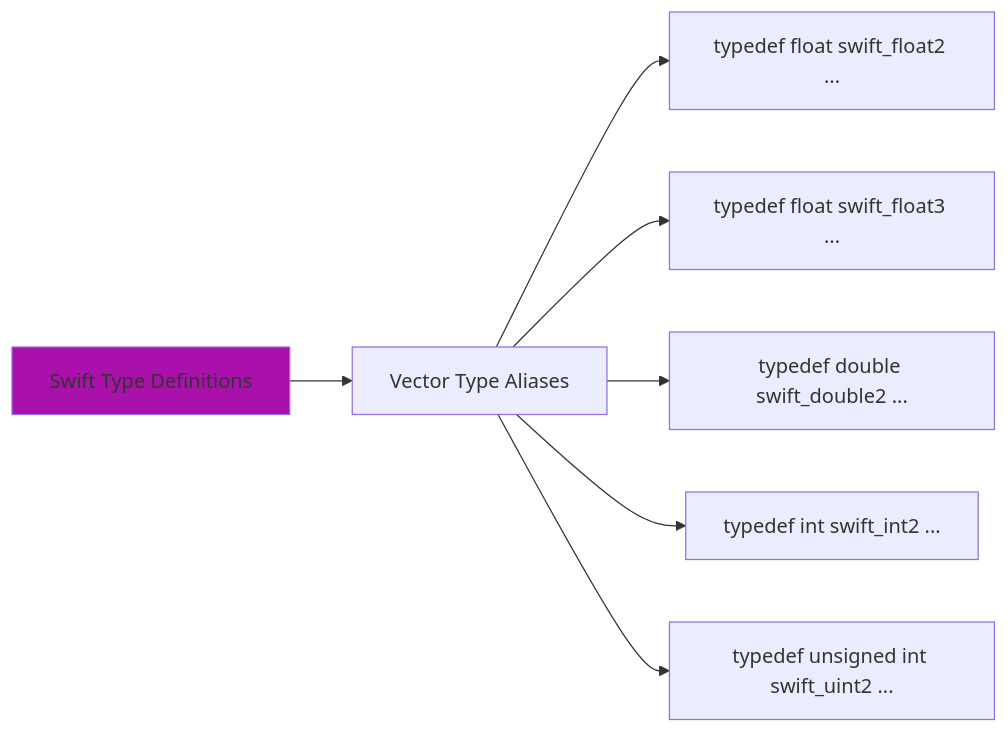
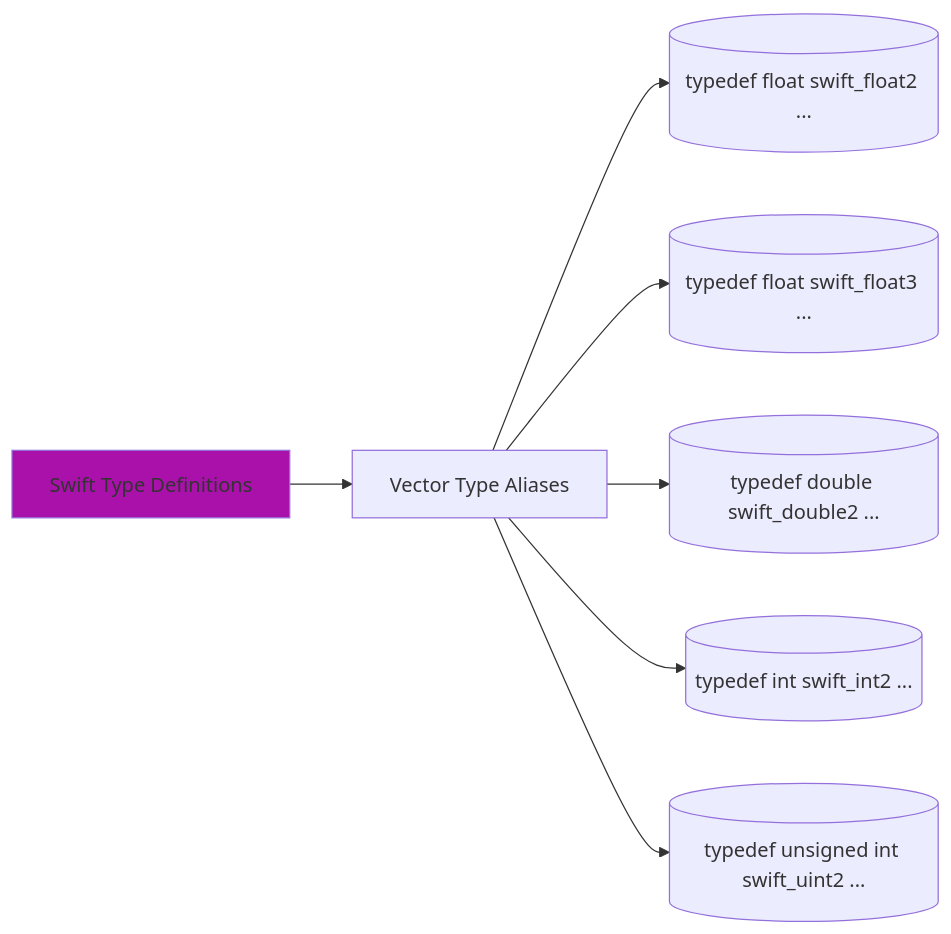
One commit to CongLeSolutionX/iOS-development-vault changed the fourth of 7 diagrams in Reversing_Engineer_through_Interfaces/Swift-generated_header_file_in_Mermaid.md. Above: the diagram before and after it, drawn with Mermaid. The commit also changed other lines of this file, not shown here.

Commit message:
update diagram syntax

````diff
--- a/Reversing_Engineer_through_Interfaces/Swift-generated_header_file_in_Mermaid.md
+++ b/Reversing_Engineer_through_Interfaces/Swift-generated_header_file_in_Mermaid.md
@@ -91,11 +91,11 @@
 ```mermaid
 graph LR
     A[Swift Type Definitions] --> B[Vector Type Aliases];
-        B --> B1["typedef float swift_float2 ..."];
-        B --> B2["typedef float swift_float3 ..."];
-        B --> B3["typedef double swift_double2 ..."];
-      	B --> B4["typedef int swift_int2 ..."];
-        B --> B5["typedef unsigned int swift_uint2 ..."];
+        B --> B1[("typedef float swift_float2 ...")];
+        B --> B2[("typedef float swift_float3 ...")];
+        B --> B3[("typedef double swift_double2 ...")];
+      	B --> B4[("typedef int swift_int2 ...")];
+        B --> B5[("typedef unsigned int swift_uint2 ...")];
 
 style A fill:#a1af;
 ```
````
